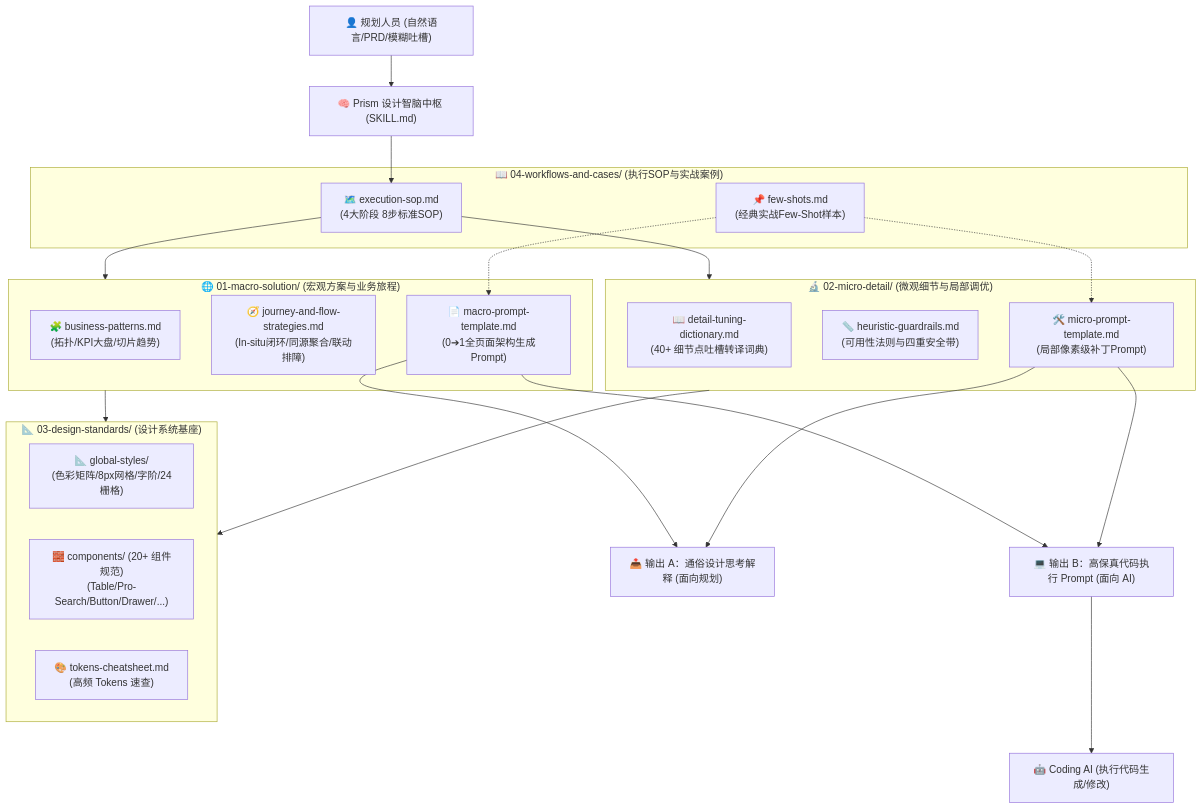
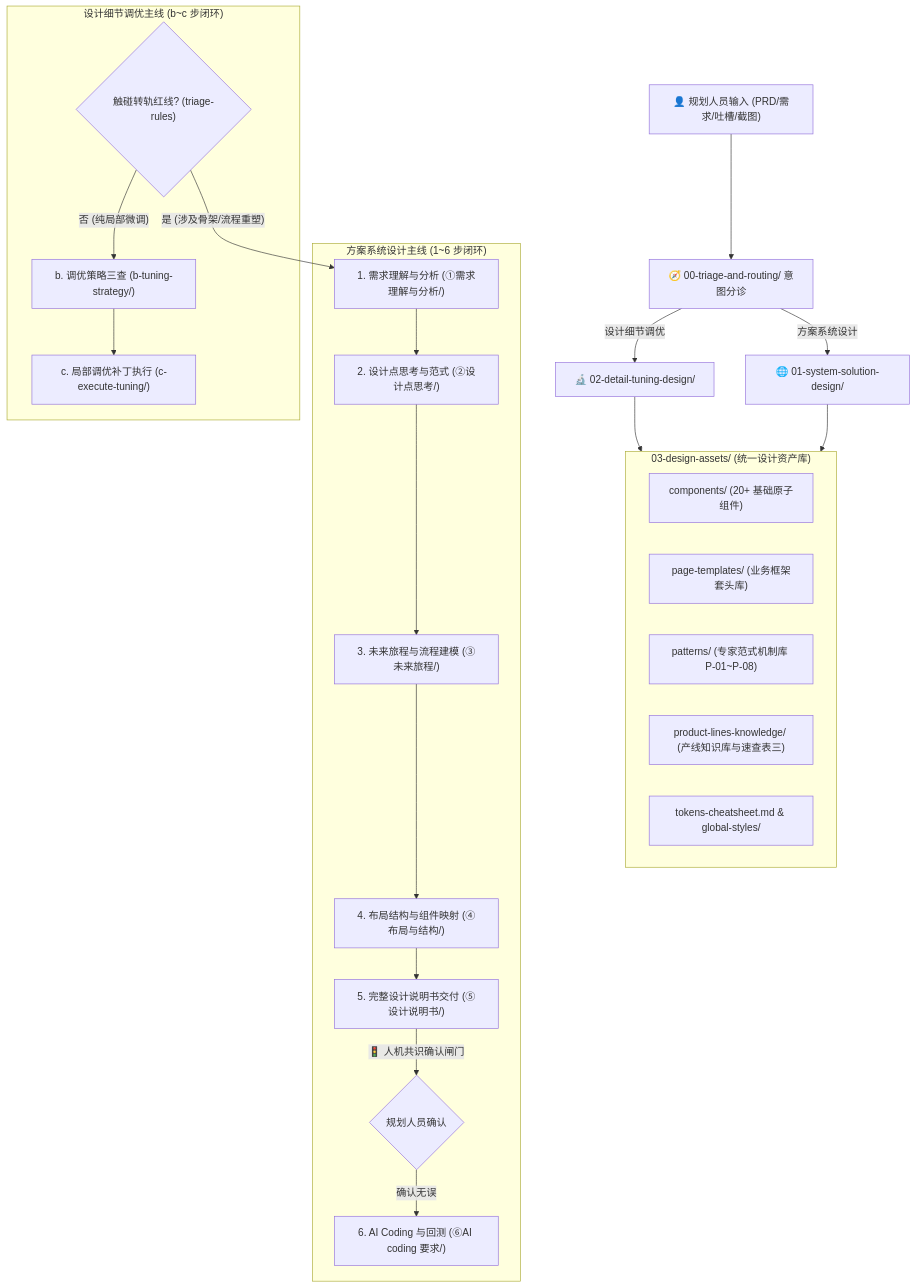
The diagram in SKILL.md (wangjue2026/skill-designer-prism), drawn with Mermaid before and after one commit. The commit also changed other lines of this file and 67 other files, not shown here.

````diff
--- a/SKILL.md
+++ b/SKILL.md
@@ -61,42 +29,37 @@
 ```mermaid
 graph TD
-    User["👤 规划人员 (自然语言/PRD/模糊吐槽)"] --> Router["🧠 Prism 设计智脑中枢 (SKILL.md)"]
+    User["👤 规划人员输入 (PRD/需求/吐槽/截图)"] --> Triage["🧭 00-triage-and-routing/ 意图分诊"]
     
-    subgraph MacroTrack ["🌐 01-macro-solution/ (宏观方案与业务旅程)"]
-        MacroPatterns["🧩 business-patterns.md<br>(拓扑/KPI大盘/切片趋势)"]
-        MacroStrategies["🧭 journey-and-flow-strategies.md<br>(In-situ闭环/同源聚合/联动排障)"]
-        MacroTpl["📄 macro-prompt-template.md<br>(0➔1全页面架构生成Prompt)"]
+    Triage -->|"方案系统设计"| Macro["🌐 01-system-solution-design/"]
+    Triage -->|"设计细节调优"| Micro["🔬 02-detail-tuning-design/"]
+    
+    subgraph MacroPath ["方案系统设计主线 (1~6 步闭环)"]
+        M1["1. 需求理解与分析 (①需求理解与分析/)"]
+        M2["2. 设计点思考与范式 (②设计点思考/)"]
+        M3["3. 未来旅程与流程建模 (③未来旅程/)"]
+        M4["4. 布局结构与组件映射 (④布局与结构/)"]
+        M5["5. 完整设计说明书交付 (⑤设计说明书/)"]
+        M6["6. AI Coding 与回测 (⑥AI coding 要求/)"]
+        M1 --> M2 --> M3 --> M4 --> M5
+        M5 -->|"🚦 人机共识确认闸门"| Gate{"规划人员确认"}
+        Gate -->|"确认无误"| M6
+    end
+    
+    subgraph MicroPath ["设计细节调优主线 (b~c 步闭环)"]
+        Esc{"触碰转轨红线? (triage-rules)"}
+        Esc -->|"是 (涉及骨架/流程重塑)"| M1
+        Esc -->|"否 (纯局部微调)"| m2["b. 调优策略三查 (b-tuning-strategy/)"]
+        m2 --> m3["c. 局部调优补丁执行 (c-execute-tuning/)"]
+    end
+    
+    subgraph Assets ["03-design-assets/ (统一设计资产库)"]
+        Comps["components/ (20+ 基础原子组件)"]
+        Pages["page-templates/ (业务框架套头库)"]
+        Patterns["patterns/ (专家范式机制库 P-01~P-08)"]
+        PKB["product-lines-knowledge/ (产线知识库与速查表三)"]
+        Tokens["tokens-cheatsheet.md & global-styles/"]
     end
 
-    subgraph MicroTrack ["🔬 02-micro-detail/ (微观细节与局部调优)"]
-        MicroDict["📖 detail-tuning-dictionary.md<br>(40+ 细节点吐槽转译词典)"]
-        MicroGuard["📏 heuristic-guardrails.md<br>(可用性法则与四重安全带)"]
-        MicroTpl["🛠️ micro-prompt-template.md<br>(局部像素级补丁Prompt)"]
-    end
-
-    subgraph Standards ["📐 03-design-standards/ (设计系统基座)"]
-        GlobalStyles["📐 global-styles/<br>(色彩矩阵/8px网格/字阶/24栅格)"]
-        Components["🧱 components/ (20+ 组件规范)<br>(Table/Pro-Search/Button/Drawer/...)"]
-        TokensCheatsheet["🎨 tokens-cheatsheet.md<br>(高频 Tokens 速查)"]
-    end
-
-    subgraph Workflows ["📖 04-workflows-and-cases/ (执行SOP与实战案例)"]
-        SOP["🗺️ execution-sop.md<br>(4大阶段 8步标准SOP)"]
-        FewShots["📌 few-shots.md<br>(经典实战Few-Shot样本)"]
-    end
-
-    Router --> SOP
-    SOP --> MacroTrack
-    SOP --> MicroTrack
-    MacroTrack --> Standards
-    MicroTrack --> Standards
-    FewShots -.-> MacroTpl
-    FewShots -.-> MicroTpl
-
-    MacroTpl --> OutputPlanner["📤 输出 A：通俗设计思考解释 (面向规划)"]
-    MacroTpl --> OutputCoding["💻 输出 B：高保真代码执行 Prompt (面向 AI)"]
-    MicroTpl --> OutputPlanner
-    MicroTpl --> OutputCoding
-    
-    OutputCoding --> CodingAI["🤖 Coding AI (执行代码生成/修改)"]
+    Macro --> Assets
+    Micro --> Assets
 ```
````
